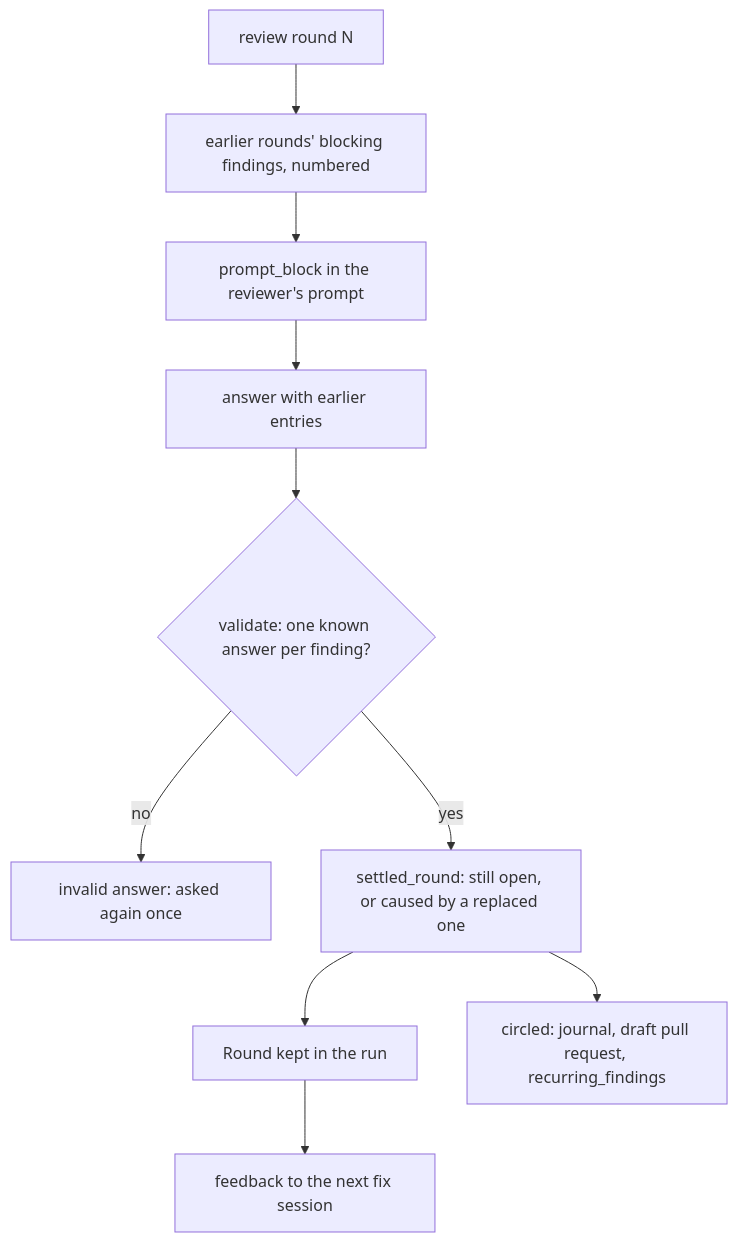
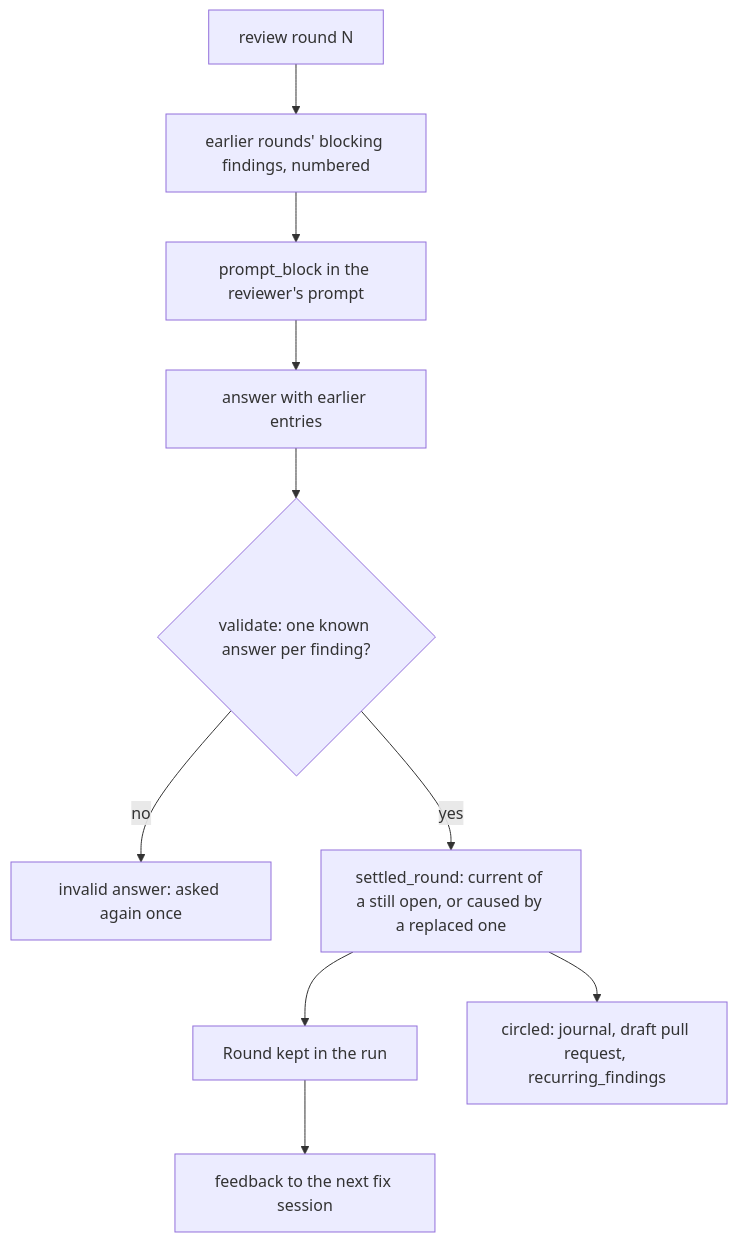
One commit to plaplanche/ariane changed the first of 3 diagrams in docs/architecture/modules/review_history.md. Above: the diagram before and after it, drawn with Mermaid. The commit also changed other lines of this file and 5 other files, not shown here.

````diff
--- a/docs/architecture/modules/review_history.md
+++ b/docs/architecture/modules/review_history.md
@@ -36,12 +36,12 @@
 ```mermaid
 flowchart TD
   A[review round N] --> B[earlier rounds' blocking findings, numbered]
   B --> C[prompt_block in the reviewer's prompt]
   C --> D[answer with earlier entries]
   D --> E{validate: one known answer per finding?}
   E -- no --> F[invalid answer: asked again once]
-  E -- yes --> G[settled_round: still open, or caused by a replaced one]
+  E -- yes --> G[settled_round: current of a still open, or caused by a replaced one]
   G --> H[Round kept in the run]
   H --> I[feedback to the next fix session]
   G --> J[circled: journal, draft pull request, recurring_findings]
 ```
````
